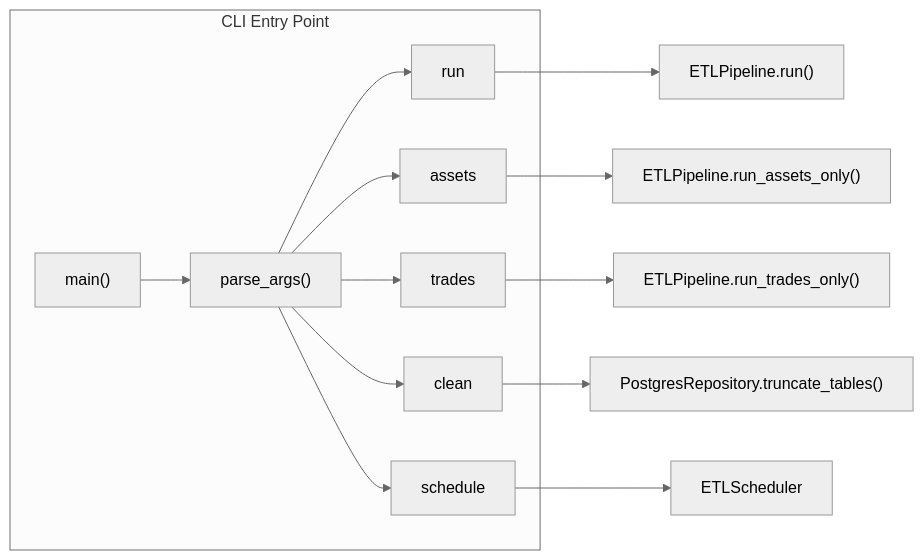
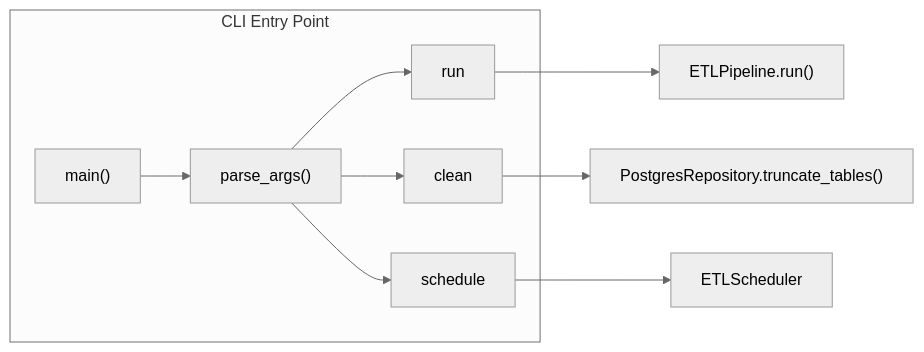
The third of 8 diagrams in doc/architecture.md (zhj0513/small_etl), drawn with Mermaid (neutral theme) before and after one commit. The commit also changed other lines of this file and 6 other files, not shown here.

````diff
--- a/doc/architecture.md
+++ b/doc/architecture.md
@@ -132,17 +132,13 @@
 ```mermaid
 flowchart LR
     subgraph CLI["CLI Entry Point"]
         MAIN["main()"] --> PARSE["parse_args()"]
         PARSE --> RUN["run"]
-        PARSE --> ASSETS["assets"]
-        PARSE --> TRADES["trades"]
         PARSE --> CLEAN["clean"]
         PARSE --> SCHEDULE["schedule"]
     end
 
     RUN --> Pipeline["ETLPipeline.run()"]
-    ASSETS --> Pipeline2["ETLPipeline.run_assets_only()"]
-    TRADES --> Pipeline3["ETLPipeline.run_trades_only()"]
     CLEAN --> Repo["PostgresRepository.truncate_tables()"]
     SCHEDULE --> Scheduler["ETLScheduler"]
 ```
````
